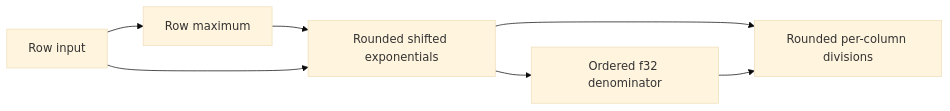
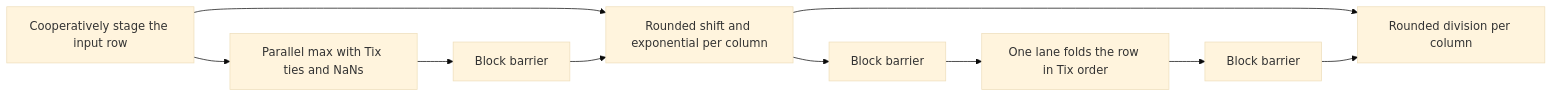
Before and after one commit to wesen/2026-11-24--compiler-workbench: the first of 2 diagrams in ttmp/2026/11/26/IRWB-023-A--certified-scheduling-for-tix/design-doc/01-certified-scheduling-for-tix.md, drawn with Mermaid (base theme). The commit also changed other lines of this file and 19 other files, not shown here.

````diff
--- a/ttmp/2026/11/26/IRWB-023-A--certified-scheduling-for-tix/design-doc/01-certified-scheduling-for-tix.md
+++ b/ttmp/2026/11/26/IRWB-023-A--certified-scheduling-for-tix/design-doc/01-certified-scheduling-for-tix.md
@@ -50,9 +66,12 @@
 ```mermaid
 flowchart LR
-  X["Row input"] --> M["Row maximum"]
-  M --> E["Rounded shifted exponentials"]
-  X --> E
-  E --> S["Ordered f32 denominator"]
-  E --> Y["Rounded per-column divisions"]
-  S --> Y
+  X["Cooperatively stage the input row"] --> M["Parallel max with Tix ties and NaNs"]
+  M --> B1["Block barrier"]
+  X --> E["Rounded shift and exponential per column"]
+  B1 --> E
+  E --> B2["Block barrier"]
+  B2 --> S["One lane folds the row in Tix order"]
+  S --> B3["Block barrier"]
+  E --> Y["Rounded division per column"]
+  B3 --> Y
 ```
````
